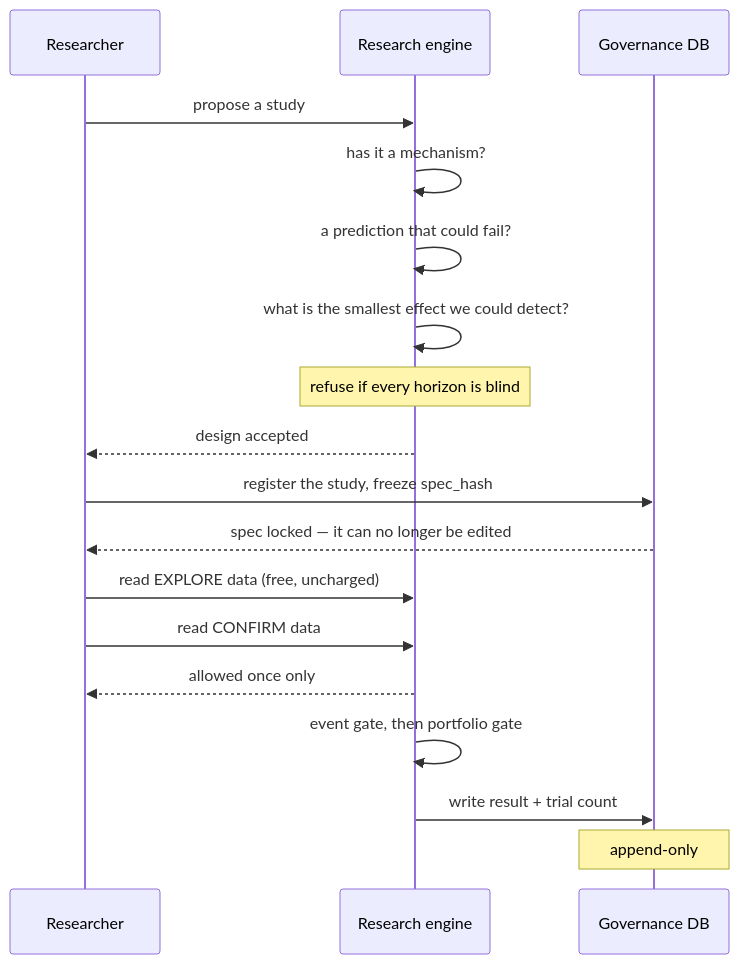
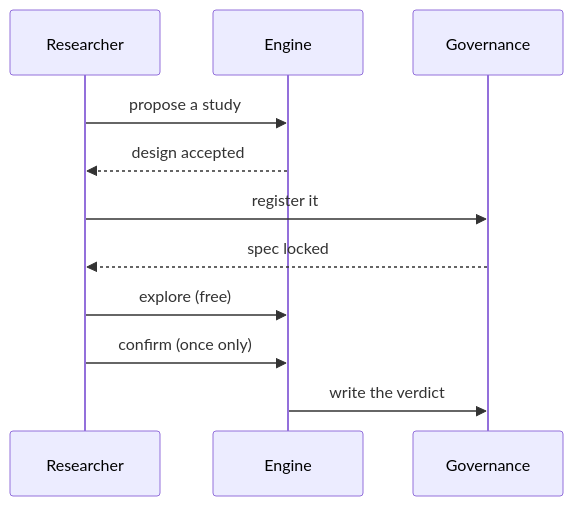
Before and after one commit to markandeyavarma3-lab/MICC_V3: the fifth of 5 diagrams in docs/report/PROJECT_REPORT.md, drawn with Mermaid. The commit also changed other lines of this file and 1 other file, not shown here.

First line of the commit message:
report: bind it to what the code actually does, not what it did on 18 August

````diff
--- a/docs/report/PROJECT_REPORT.md
+++ b/docs/report/PROJECT_REPORT.md
@@ -686,21 +775,14 @@
 ```mermaid
 sequenceDiagram
   participant A as Researcher
-  participant E as Research engine
-  participant G as Governance DB
+  participant E as Engine
+  participant G as Governance
 
   A->>E: propose a study
-  E->>E: has it a mechanism?
-  E->>E: a prediction that could fail?
-  E->>E: what is the smallest effect we could detect?
-  Note over E: refuse if every horizon is blind
   E-->>A: design accepted
-  A->>G: register the study, freeze spec_hash
-  G-->>A: spec locked — it can no longer be edited
-  A->>E: read EXPLORE data (free, uncharged)
-  A->>E: read CONFIRM data
-  E-->>A: allowed once only
-  E->>E: event gate, then portfolio gate
-  E->>G: write result + trial count
-  Note over G: append-only
+  A->>G: register it
+  G-->>A: spec locked
+  A->>E: explore (free)
+  A->>E: confirm (once only)
+  E->>G: write the verdict
 ```
````
